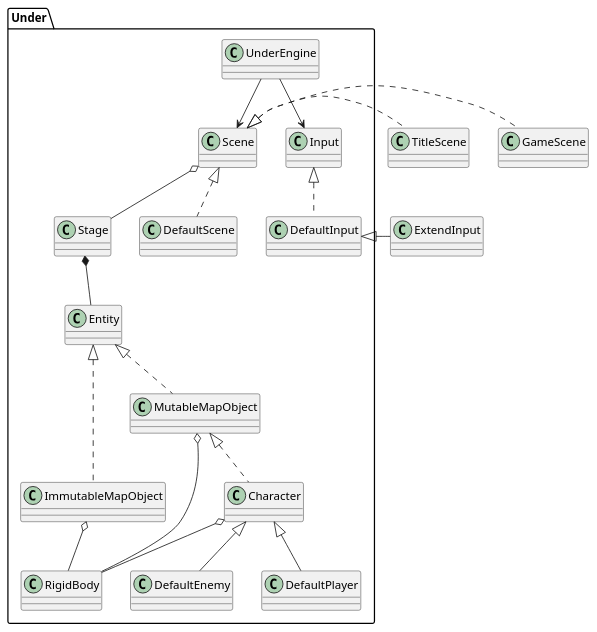
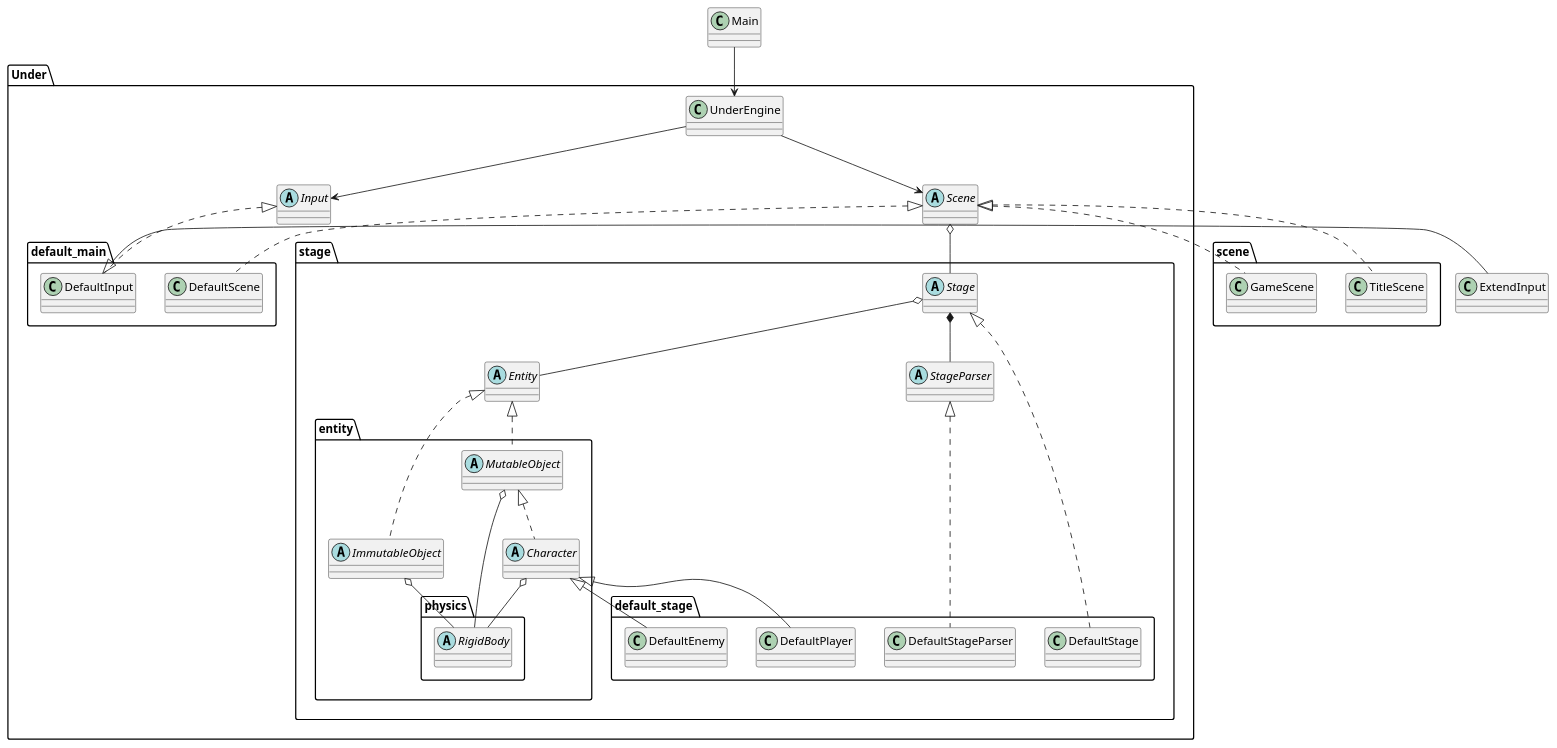
One commit to Expine/Under changed the diagram in uml/UnderEngine.wsd. Above: the diagram before and after it, drawn with PlantUML. The commit also changed 19 other files, not shown here.

```diff
--- a/uml/UnderEngine.wsd
+++ b/uml/UnderEngine.wsd
@@ -1,28 +1,74 @@
 @startuml UnderEngine
 
-Under.UnderEngine --> Under.Input
-Under.UnderEngine --> Under.Scene
+package Under {
+    class UnderEngine
+    abstract Scene
+    abstract Input
 
-Under.Input <|.. Under.DefaultInput
-Under.DefaultInput <|- ExtendInput
+    package default_main {
+        class DefaultScene
+        class DefaultInput
+    }
 
-Under.Scene <|.. Under.DefaultScene
-Under.Scene o-- Under.Stage
+    package stage {
+        abstract Stage
+        abstract Entity
+        abstract StageParser
 
-Under.Scene <|. TitleScene
-Under.Scene <|. GameScene
+        package entity {
+            abstract ImmutableObject
+            abstract MutableObject
+            abstract Character
 
-Under.Stage *-- Under.Entity
+            package physics {
+                abstract RigidBody
+            }
+        }
 
-Under.Entity <|.. Under.ImmutableMapObject
-Under.Entity <|.. Under.MutableMapObject
-Under.MutableMapObject <|.. Under.Character
+        package default_stage {
+            class DefaultStage
+            class DefaultStageParser
+            class DefaultPlayer
+            class DefaultEnemy
+        }
+    }
+}
 
-Under.Character <|-- Under.DefaultPlayer
-Under.Character <|-- Under.DefaultEnemy
+package scene {
+    class TitleScene
+    class GameScene
+}
 
-Under.ImmutableMapObject o-- Under.RigidBody
-Under.MutableMapObject o-- Under.RigidBody
-Under.Character o-- Under.RigidBody
+Main --> UnderEngine
+
+UnderEngine --> Input
+UnderEngine --> Scene
+
+Input <|.. DefaultInput
+DefaultInput <|- ExtendInput
+
+Scene <|.. DefaultScene
+Scene o-- Stage
+
+Scene <|.. TitleScene
+Scene <|.. GameScene
+
+Stage o-- Entity
+
+Stage *-- StageParser
+
+Entity <|.. ImmutableObject
+Entity <|.. MutableObject
+MutableObject <|.. Character
+
+Character <|-- DefaultPlayer
+Character <|-- DefaultEnemy
+
+ImmutableObject o-- RigidBody
+MutableObject o-- RigidBody
+Character o-- RigidBody
+
+Stage <|.. DefaultStage
+StageParser <|.. DefaultStageParser
 
 @enduml
```
